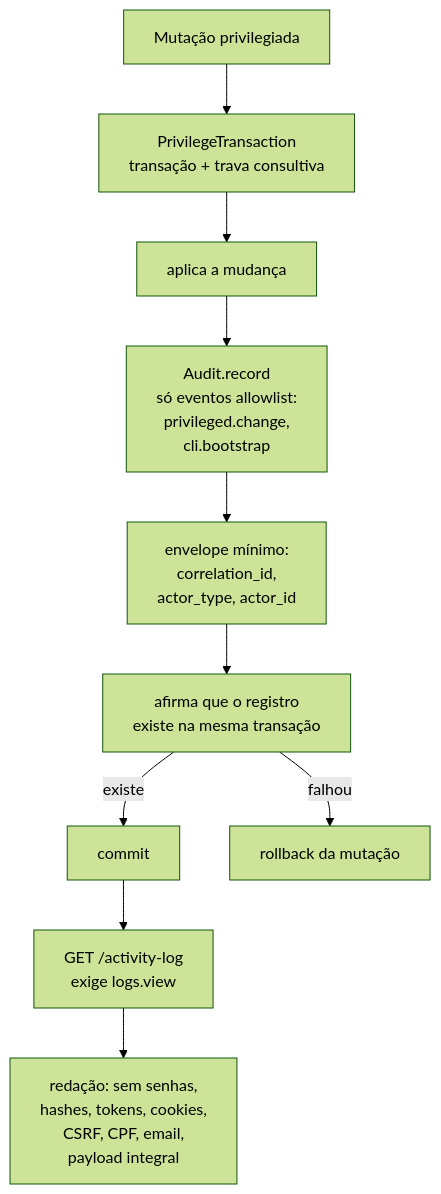
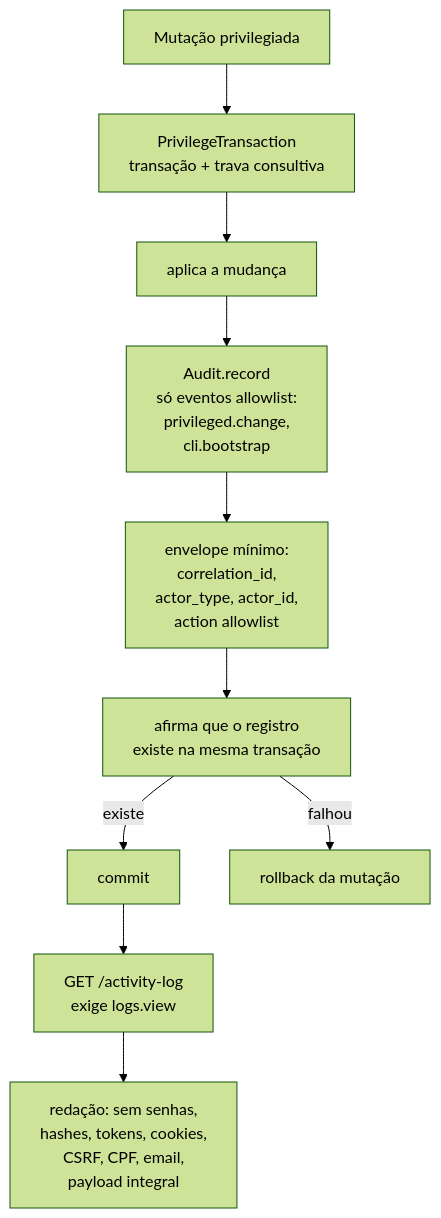
Before and after one commit to yanpenalva/starter-kit-api: the fourth of 4 diagrams in docs/03-arquitetura.md, drawn with Mermaid (forest theme). The commit also changed other lines of this file and 18 other files, not shown here.

````diff
--- a/docs/03-arquitetura.md
+++ b/docs/03-arquitetura.md
@@ -188,12 +188,12 @@
 ```mermaid
 flowchart TD
     M[Mutação privilegiada] --> TX[PrivilegeTransaction<br/>transação + trava consultiva]
     TX --> OP[aplica a mudança]
     OP --> AU[Audit.record<br/>só eventos allowlist:<br/>privileged.change,<br/>cli.bootstrap]
-    AU --> ENV[envelope mínimo:<br/>correlation_id,<br/>actor_type, actor_id]
+    AU --> ENV[envelope mínimo:<br/>correlation_id,<br/>actor_type, actor_id,<br/>action allowlist]
     ENV --> AS[afirma que o registro<br/>existe na mesma transação]
     AS -->|existe| CM[commit]
     AS -->|falhou| RB[rollback da mutação]
     CM --> LE[GET /activity-log<br/>exige logs.view]
     LE --> RD[redação: sem senhas,<br/>hashes, tokens, cookies,<br/>CSRF, CPF, email,<br/>payload integral]
 ```
````
